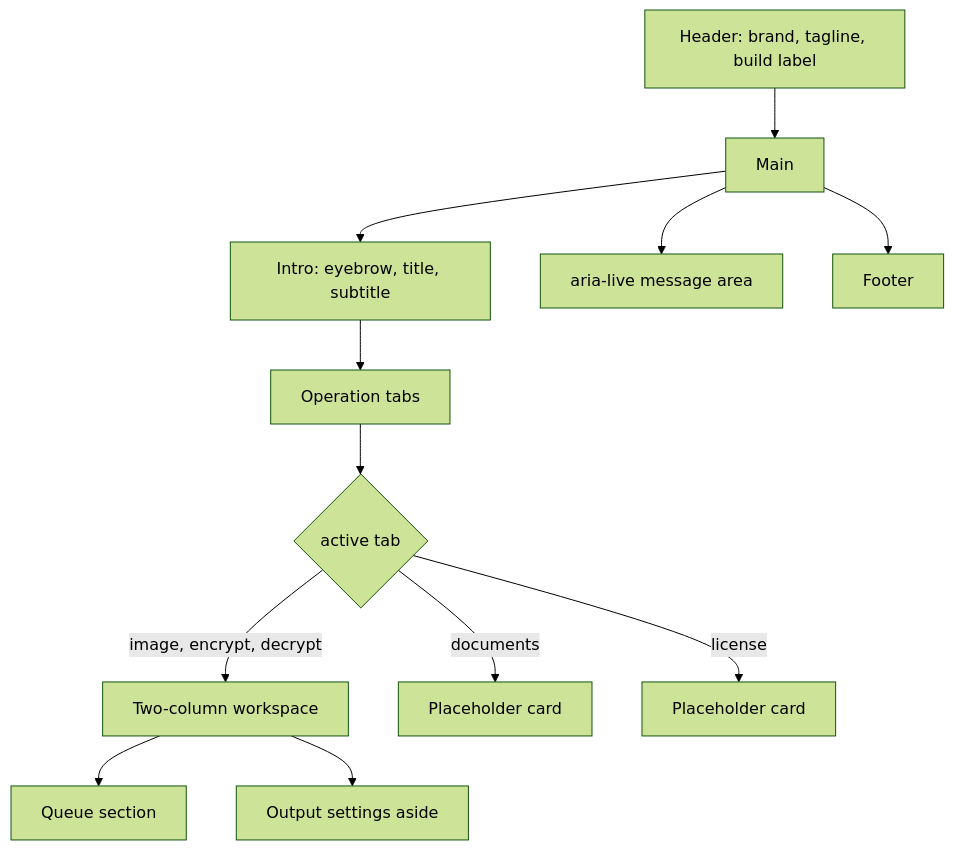
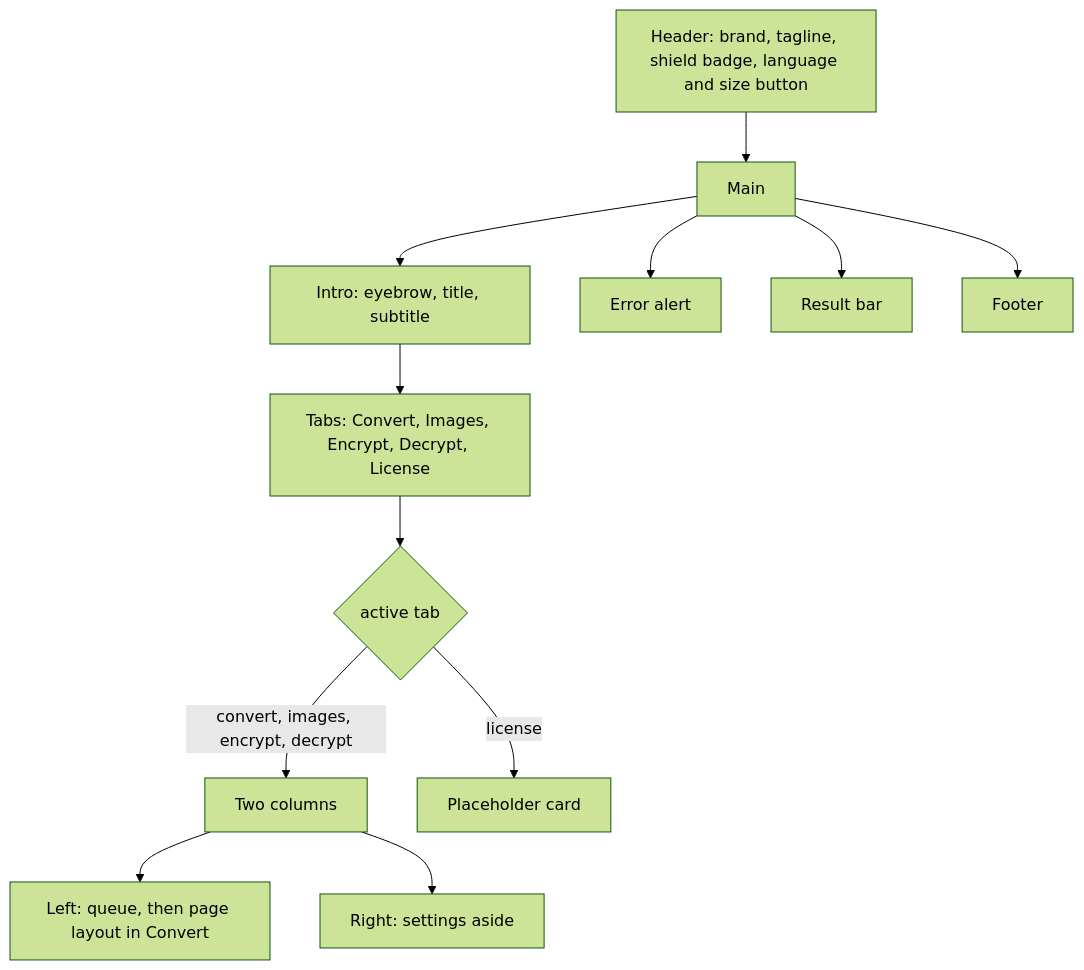
Before and after one commit to preska-elixirr/doc_converter: the diagram in docs/WORKSPACE_UI.md, drawn with Mermaid (forest theme). The commit also changed other lines of this file and 49 other files, not shown here.

````diff
--- a/docs/WORKSPACE_UI.md
+++ b/docs/WORKSPACE_UI.md
@@ -20,14 +20,14 @@
 ```mermaid
 flowchart TD
-  H[Header: brand, tagline, build label] --> M[Main]
+  H[Header: brand, tagline, shield badge, language and size button] --> M[Main]
   M --> I[Intro: eyebrow, title, subtitle]
-  I --> N[Operation tabs]
+  I --> N[Tabs: Convert, Images, Encrypt, Decrypt, License]
   N --> W{active tab}
-  W -- image, encrypt, decrypt --> G[Two-column workspace]
-  G --> Q[Queue section]
-  G --> S[Output settings aside]
-  W -- documents --> P1[Placeholder card]
-  W -- license --> P2[Placeholder card]
-  M --> L[aria-live message area]
+  W -- convert, images, encrypt, decrypt --> G[Two columns]
+  G --> L[Left: queue, then page layout in Convert]
+  G --> S[Right: settings aside]
+  W -- license --> P[Placeholder card]
+  M --> E[Error alert]
+  M --> R[Result bar]
   M --> F[Footer]
 ```
````
